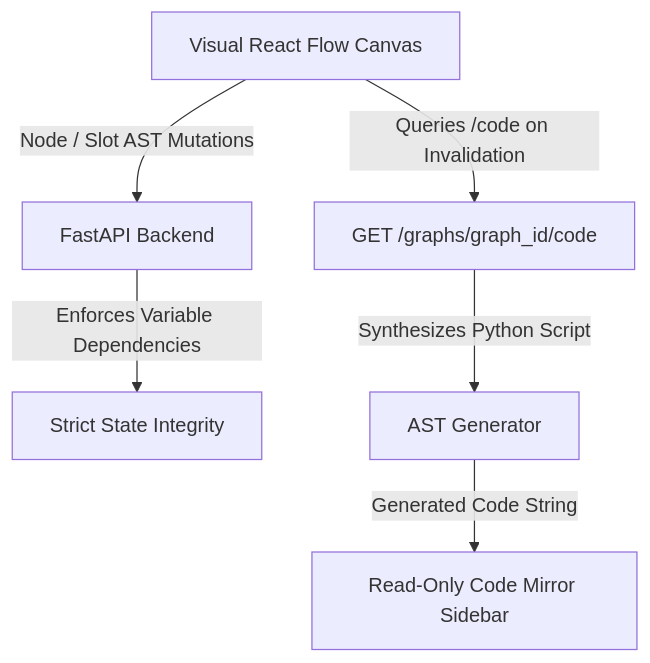
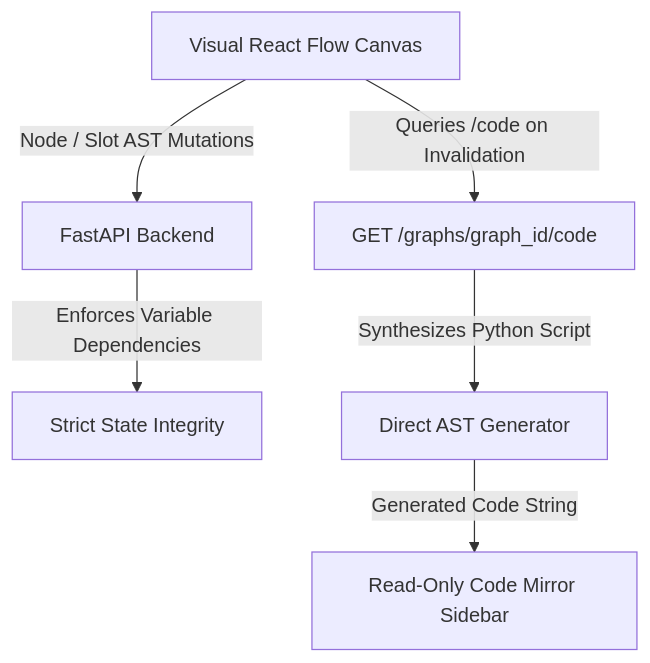
The diagram in README.md (kszucher/graphboard), drawn with Mermaid before and after one commit. The commit also changed other lines of this file and 25 other files, not shown here.

Commit message:
simplify to 1 layer architecture

````diff
--- a/README.md
+++ b/README.md
@@ -84,8 +79,8 @@
 ```mermaid
 graph TD
     Canvas[Visual React Flow Canvas] -- "Node / Slot AST Mutations" --> API[FastAPI Backend]
     API -- "Enforces Variable Dependencies" --> Operations[Strict State Integrity]
     Canvas -- "Queries /code on Invalidation" --> CodeEP[GET /graphs/graph_id/code]
-    CodeEP -- "Synthesizes Python Script" --> Compiler[AST Generator]
+    CodeEP -- "Synthesizes Python Script" --> Compiler[Direct AST Generator]
     Compiler -- "Generated Code String" --> Sidebar[Read-Only Code Mirror Sidebar]
 ```
````
